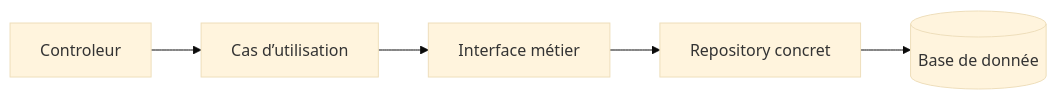
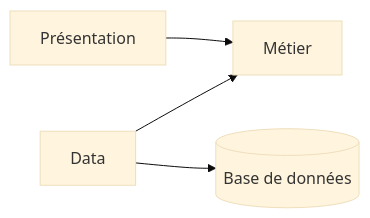
Before and after one commit to donnatchris/DDD: the second of 2 diagrams in ARCHITECTURE.md, drawn with Mermaid (base theme). The commit also changed other lines of this file, not shown here.

````diff
--- a/ARCHITECTURE.md
+++ b/ARCHITECTURE.md
@@ -101,7 +102,6 @@
 ```mermaid
 flowchart LR
-    A[Controleur] --> B[Cas d’utilisation]
-    B --> C[Interface métier]
-    C --> D[Repository concret]
-    D --> E[(Base de donnée)]
+    A[Présentation] --> B[Métier]
+    C[Data] --> B
+    C[Data] --> D[(Base de données)]
 ```
````
